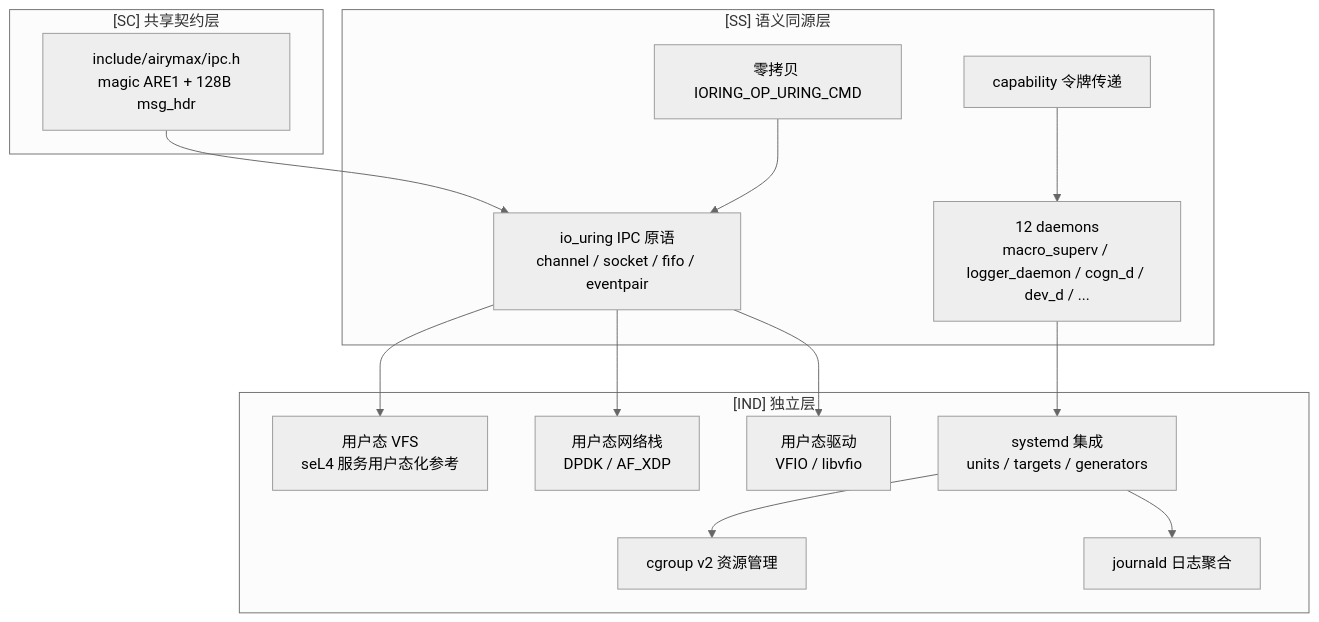
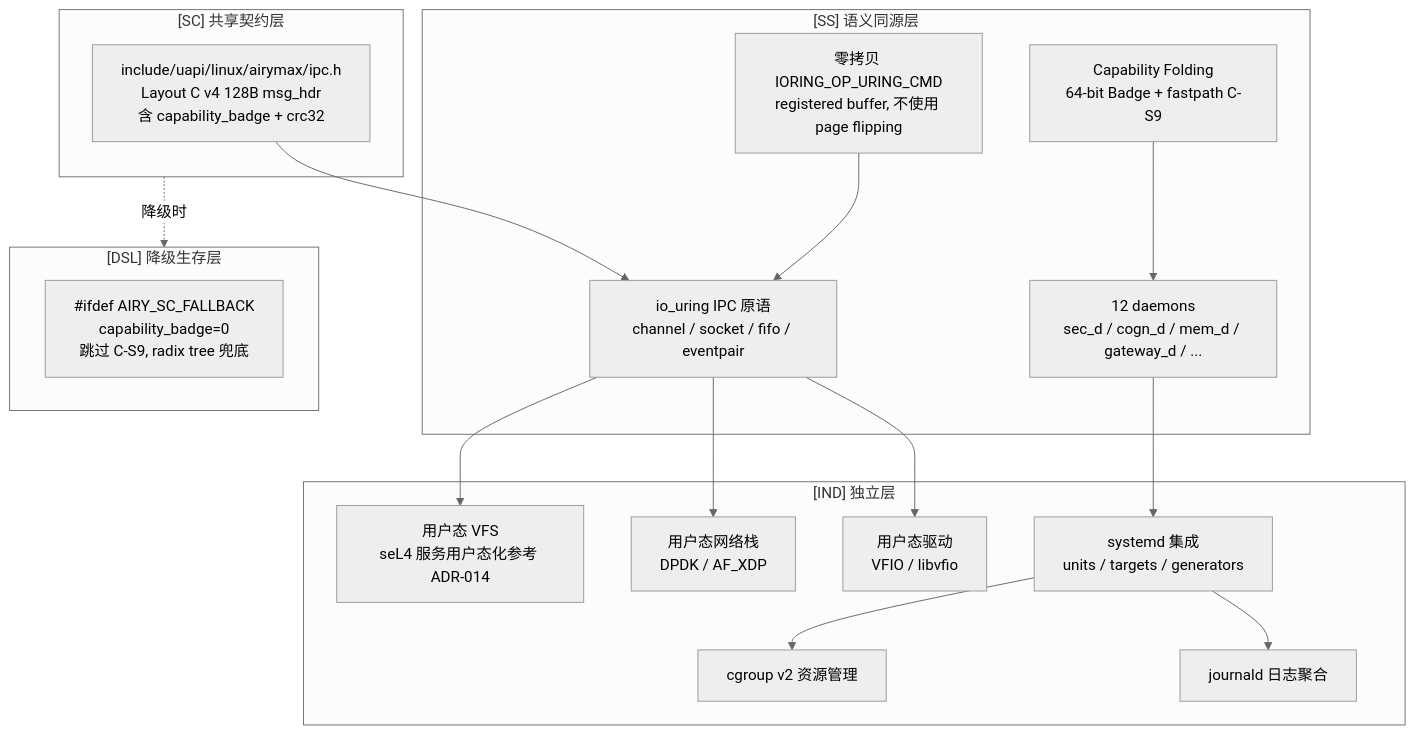
The second of 2 diagrams in AirymaxOS/20-modules/02-services.md (openairymax/docs), drawn with Mermaid (neutral theme) before and after one commit. The commit also changed other lines of this file and 125 other files, not shown here.

````diff
--- a/AirymaxOS/20-modules/02-services.md
+++ b/AirymaxOS/20-modules/02-services.md
@@ -414,29 +488,33 @@
 ```mermaid
 graph TD
     subgraph SC["[SC] 共享契约层"]
-        IPC_HDR[include/airymax/ipc.h<br/>magic ARE1 + 128B msg_hdr]
+        IPC_HDR[include/uapi/linux/airymax/ipc.h<br/>Layout C v4 128B msg_hdr<br/>含 capability_badge + crc32]
     end
     subgraph SS["[SS] 语义同源层"]
-        DAEMONS[12 daemons<br/>macro_superv / logger_daemon / cogn_d / dev_d / ...]
+        DAEMONS[12 daemons<br/>sec_d / cogn_d / mem_d / gateway_d / ...]
         PRIMITIVES[io_uring IPC 原语<br/>channel / socket / fifo / eventpair]
-        CAP_TOKEN[capability 令牌传递]
-        ZERO_COPY[零拷贝 IORING_OP_URING_CMD]
+        CAP_FOLD[Capability Folding<br/>64-bit Badge + fastpath C-S9]
+        ZERO_COPY[零拷贝 IORING_OP_URING_CMD<br/>registered buffer, 不使用 page flipping]
     end
     subgraph IND["[IND] 独立层"]
-        VFS[用户态 VFS<br/>seL4 服务用户态化参考]
+        VFS[用户态 VFS<br/>seL4 服务用户态化参考 ADR-014]
         NET[用户态网络栈<br/>DPDK / AF_XDP]
         DRV[用户态驱动<br/>VFIO / libvfio]
         SYSTEMD[systemd 集成<br/>units / targets / generators]
         CGROUP[cgroup v2 资源管理]
         JOURNALD[journald 日志聚合]
     end
+    subgraph DSL["[DSL] 降级生存层"]
+        FALLBACK["#ifdef AIRY_SC_FALLBACK<br/>capability_badge=0<br/>跳过 C-S9, radix tree 兜底"]
+    end
     IPC_HDR --> PRIMITIVES
     DAEMONS --> SYSTEMD
     PRIMITIVES --> VFS
     PRIMITIVES --> NET
     PRIMITIVES --> DRV
-    CAP_TOKEN --> DAEMONS
+    CAP_FOLD --> DAEMONS
     ZERO_COPY --> PRIMITIVES
     SYSTEMD --> CGROUP
     SYSTEMD --> JOURNALD
+    SC -.->|"降级时"| DSL
 ```
````
